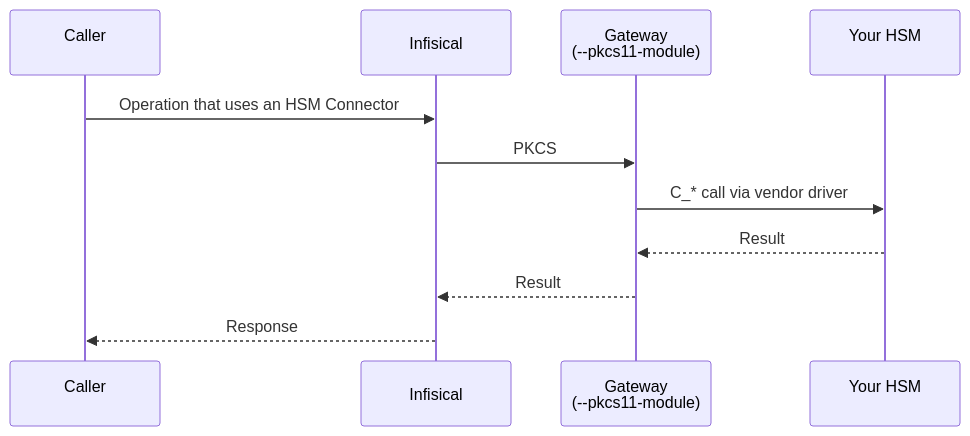
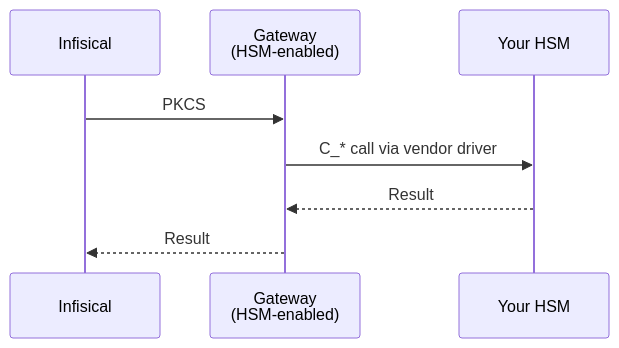
The second of 2 diagrams in docs/documentation/platform/pki/settings/hsm-connectors.mdx (Infisical/infisical), drawn with Mermaid before and after one commit. The commit also changed other lines of this file and 39 other files, not shown here.

````diff
--- a/docs/documentation/platform/pki/settings/hsm-connectors.mdx
+++ b/docs/documentation/platform/pki/settings/hsm-connectors.mdx
@@ -13,14 +31,11 @@
 ```mermaid
 sequenceDiagram
-    participant Caller as Caller<br/>
     participant Infisical as Infisical
-    participant Gateway as Gateway<br/>(--pkcs11-module)
-    participant HSM as Your HSM<br/>
+    participant Gateway as Gateway<br/>(HSM-enabled)
+    participant HSM as Your HSM
 
-    Caller->>Infisical: Operation that uses an HSM Connector
-    Infisical->>Gateway: PKCS#11 request
+    Infisical->>Gateway: PKCS#11 request via HSM Connector
     Gateway->>HSM: C_* call via vendor driver
     HSM-->>Gateway: Result
     Gateway-->>Infisical: Result
-    Infisical-->>Caller: Response
 ```
````
